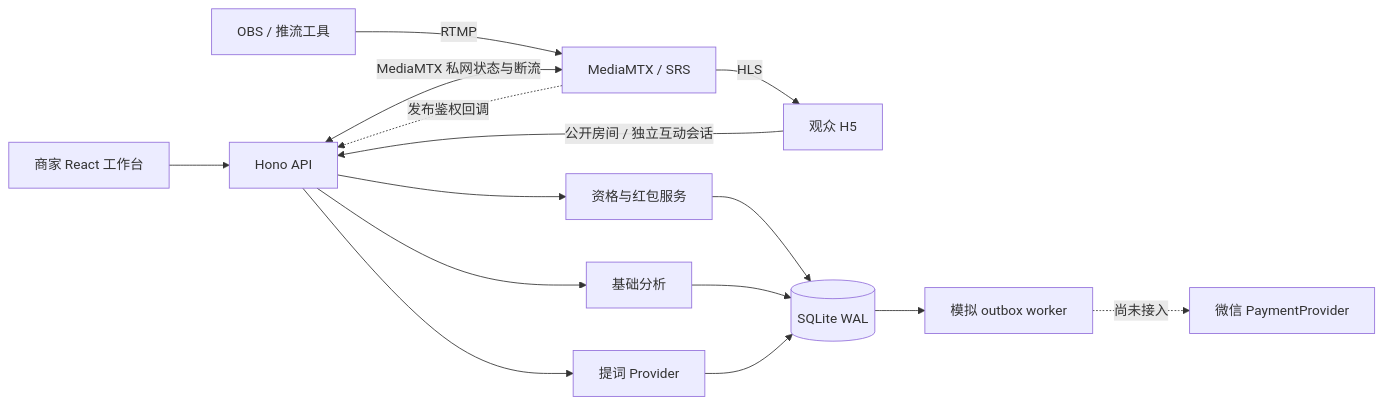
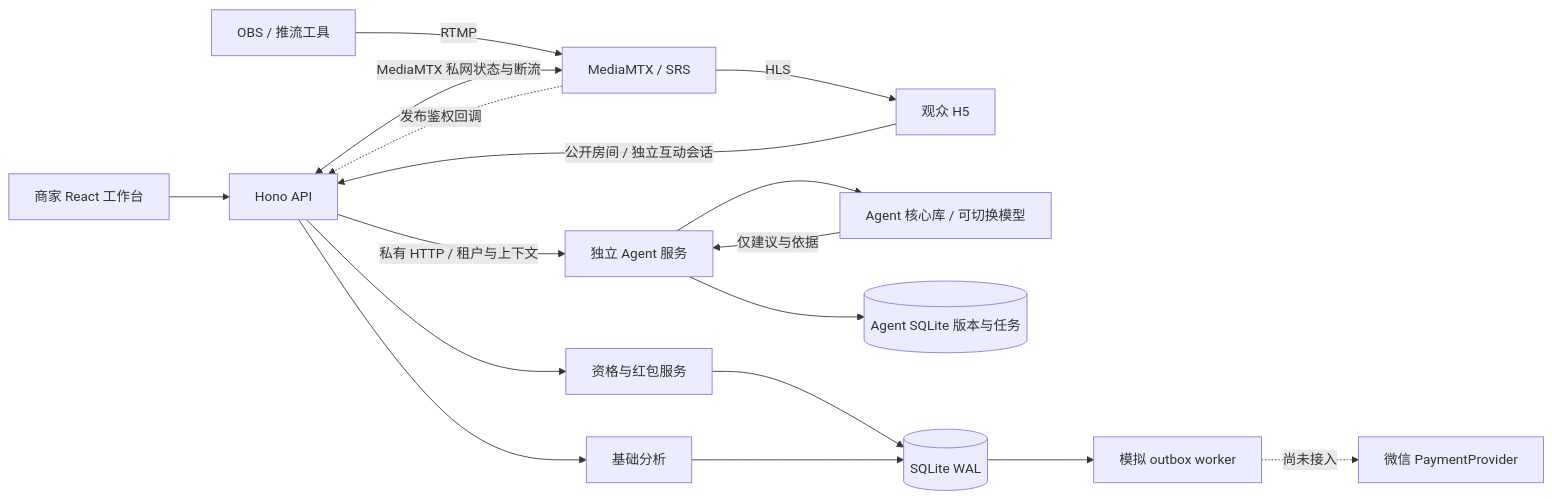
The diagram in docs/architecture.md (NSIETeam/merchant-live-studio), drawn with Mermaid before and after one commit. The commit also changed other lines of this file and 35 other files, not shown here.

````diff
--- a/docs/architecture.md
+++ b/docs/architecture.md
@@ -7,17 +7,19 @@
 ```mermaid
 flowchart LR
   M[商家 React 工作台] --> A[Hono API]
   V[观众 H5] -->|公开房间 / 独立互动会话| A
   O[OBS / 推流工具] -->|RTMP| S[MediaMTX / SRS]
   S -->|HLS| V
   S -.发布鉴权回调.-> A
   A <-->|MediaMTX 私网状态与断流| S
   A --> R[资格与红包服务]
-  A --> C[提词 Provider]
+  A -->|私有 HTTP / 租户与上下文| G[独立 Agent 服务]
+  G --> C[Agent 核心库 / 可切换模型]
+  C -->|仅建议与依据| G
+  G --> E[(Agent SQLite 版本与任务)]
   A --> N[基础分析]
   R --> D[(SQLite WAL)]
   N --> D
-  C --> D
   D --> W[模拟 outbox worker]
   W -.尚未接入.-> P[微信 PaymentProvider]
 ```
````
